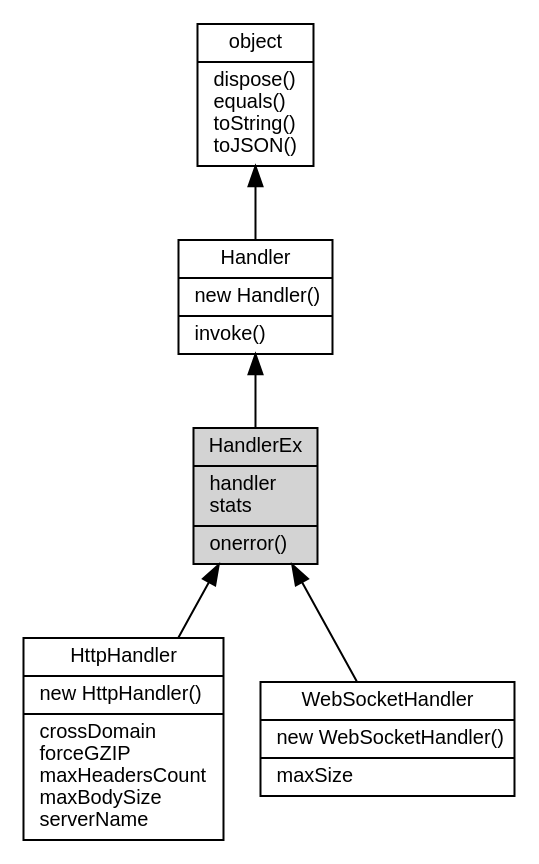
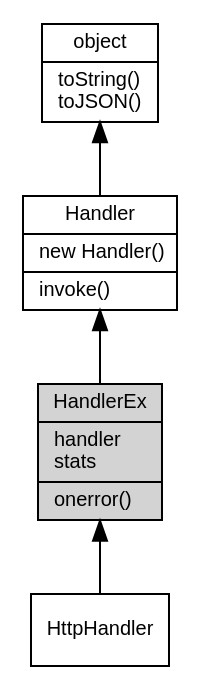
The diagram in docs/object/ifs/HandlerEx.md (asionius/fibjs-ceph), drawn with Graphviz before and after one commit. The commit also changed other lines of this file and 138 other files, not shown here.

````diff
--- a/docs/object/ifs/HandlerEx.md
+++ b/docs/object/ifs/HandlerEx.md
@@ -5,16 +5,14 @@
 ```dot
 digraph {
     node [fontname="Helvetica,sans-Serif", fontsize=10, shape="record", style="filled", fillcolor="white"];
 
-    object [tooltip="object", URL="object.md", label="{object|dispose()\lequals()\ltoString()\ltoJSON()\l}"];
+    object [tooltip="object", URL="object.md", label="{object|toString()\ltoJSON()\l}"];
     Handler [tooltip="Handler", URL="Handler.md", label="{Handler|new Handler()\l|invoke()\l}"];
-    HandlerEx [tooltip="HandlerEx", fillcolor="lightgray", label="{HandlerEx|handler\lstats\l|onerror()\l}"];
-    HttpHandler [tooltip="HttpHandler", URL="HttpHandler.md", label="{HttpHandler|new HttpHandler()\l|crossDomain\lforceGZIP\lmaxHeadersCount\lmaxBodySize\lserverName\l}"];
-    WebSocketHandler [tooltip="WebSocketHandler", URL="WebSocketHandler.md", label="{WebSocketHandler|new WebSocketHandler()\l|maxSize\l}"];
+    HandlerEx [tooltip="HandlerEx", fillcolor="lightgray", id="me", label="{HandlerEx|handler\lstats\l|onerror()\l}"];
+    HttpHandler [tooltip="HttpHandler", URL="HttpHandler.md", label="{HttpHandler}"];
 
     object -> Handler [dir=back];
     Handler -> HandlerEx [dir=back];
     HandlerEx -> HttpHandler [dir=back];
-    HandlerEx -> WebSocketHandler [dir=back];
 }
 ```
````
